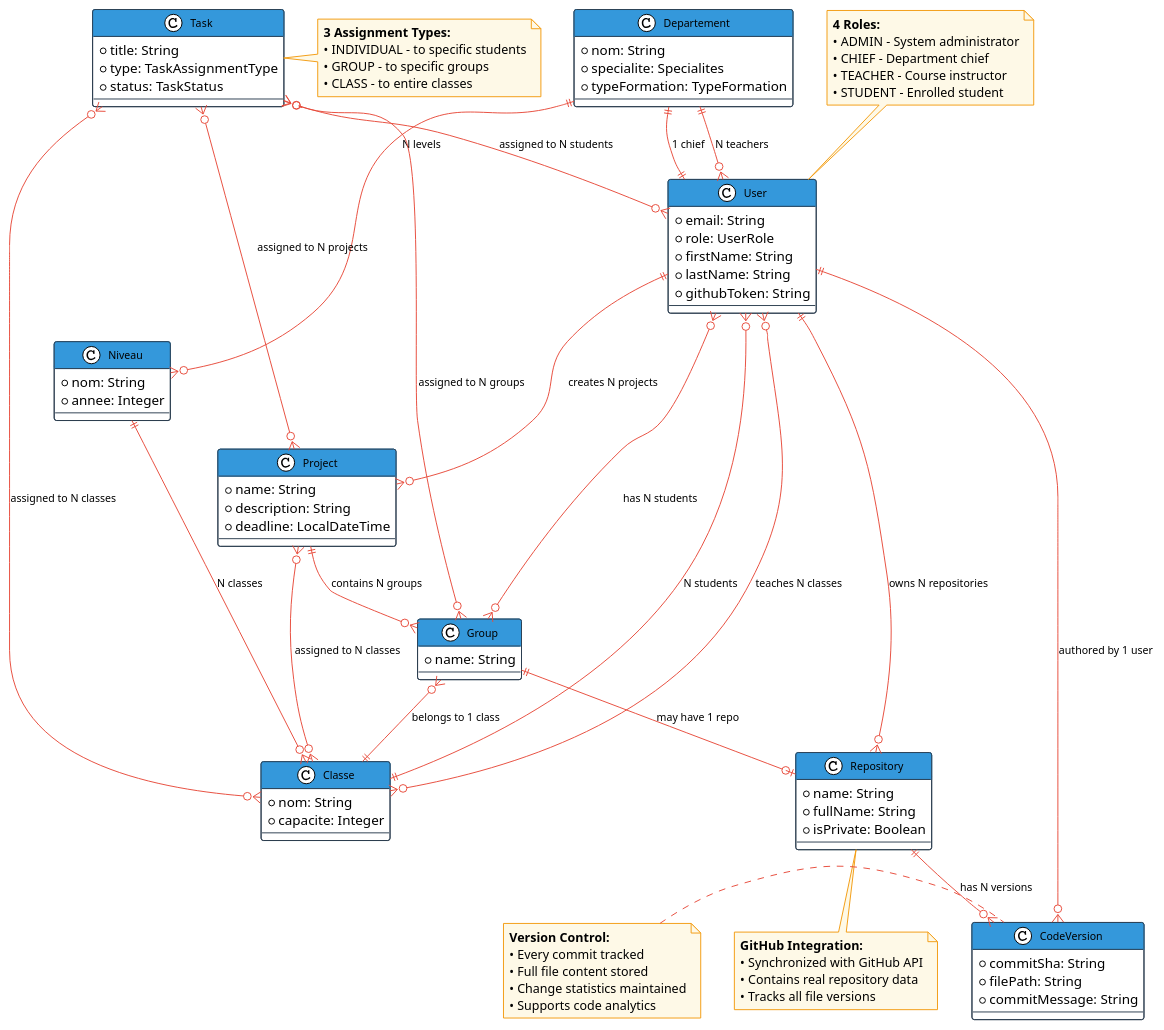
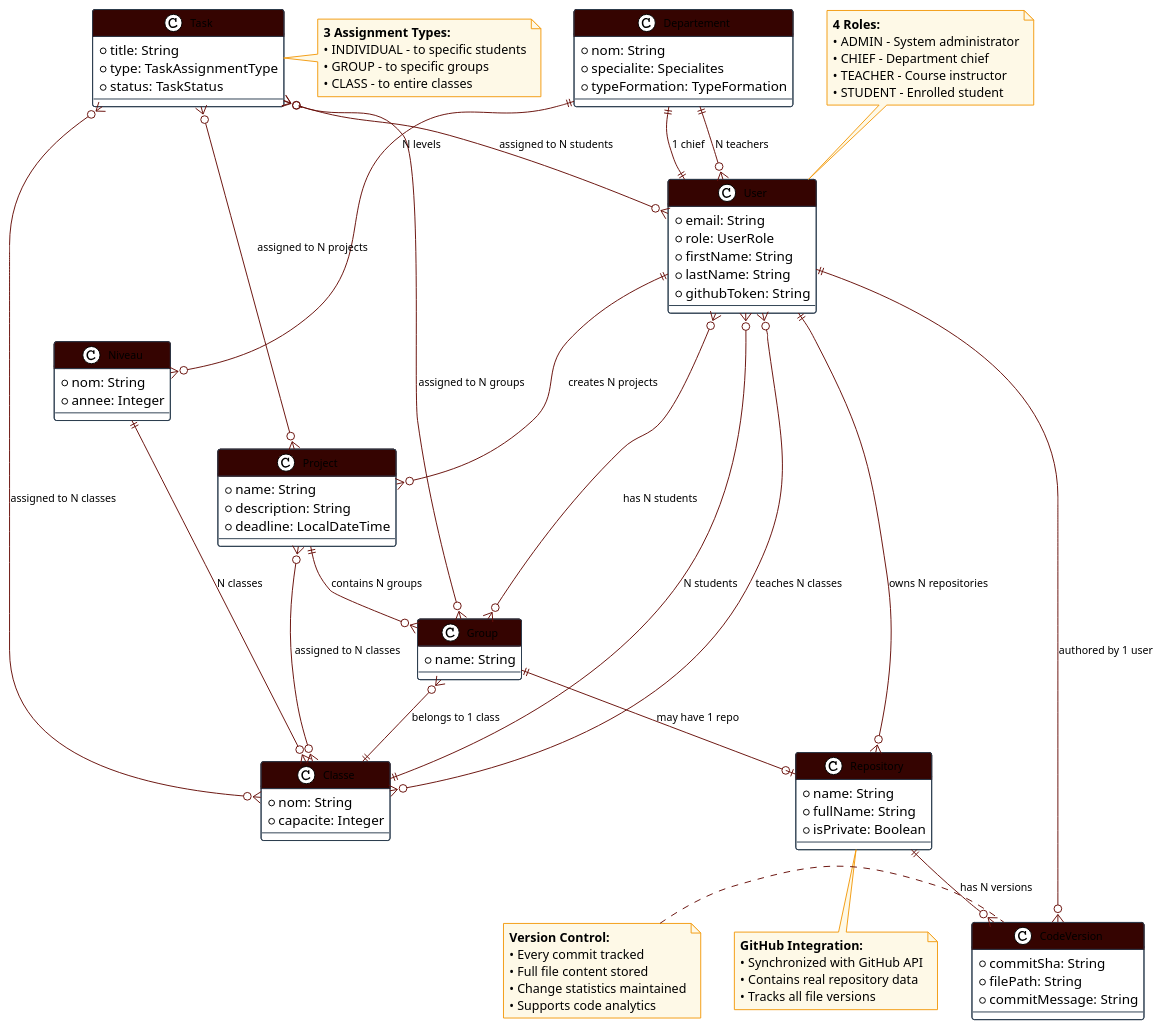
The diagram in docs/entity-relationships-simplified.puml (YoussefTakali/esprithub), drawn with PlantUML before and after one commit. The commit also changed 22 other files, not shown here.

```diff
--- a/docs/entity-relationships-simplified.puml
+++ b/docs/entity-relationships-simplified.puml
@@ -1,130 +1,130 @@
 @startuml EspritHub Entity Relationships
 
 !theme plain
 skinparam {
   ClassBackgroundColor #ffffff
   ClassBorderColor #2c3e50
-  ClassHeaderBackgroundColor #3498db
+  ClassHeaderBackgroundColor #350401
   ClassHeaderFontColor #ffffff
-  ArrowColor #e74c3c
+  ArrowColor #680f0a
   ArrowFontSize 11
   ClassFontSize 11
   PackageFontSize 13
   PackageBackgroundColor #ecf0f1
   PackageBorderColor #95a5a6
   NoteBorderColor #f39c12
   NoteBackgroundColor #fef9e7
 }
 
 ' Core entities with key attributes only
 class User {
   +email: String
   +role: UserRole
   +firstName: String
   +lastName: String
   +githubToken: String
 }
 
 class Departement {
   +nom: String
   +specialite: Specialites
   +typeFormation: TypeFormation
 }
 
 class Niveau {
   +nom: String
   +annee: Integer
 }
 
 class Classe {
   +nom: String
   +capacite: Integer
 }
 
 class Project {
   +name: String
   +description: String
   +deadline: LocalDateTime
 }
 
 class Group {
   +name: String
 }
 
 class Task {
   +title: String
   +type: TaskAssignmentType
   +status: TaskStatus
 }
 
 class Repository {
   +name: String
   +fullName: String
   +isPrivate: Boolean
 }
 
 class CodeVersion {
   +commitSha: String
   +filePath: String
   +commitMessage: String
 }
 
 ' Key relationship labels with cardinalities
 Departement ||--|| User : "1 chief"
 Departement ||--o{ User : "N teachers"
 Departement ||--o{ Niveau : "N levels"
 
 Niveau ||--o{ Classe : "N classes"
 
 Classe ||--o{ User : "N students"
 User }o--o{ Classe : "teaches N classes"
 
 User ||--o{ Project : "creates N projects"
 Project }o--o{ Classe : "assigned to N classes"
 Project ||--o{ Group : "contains N groups"
 
 Group }o--|| Classe : "belongs to 1 class"
 Group }o--o{ User : "has N students"
 Group ||--o| Repository : "may have 1 repo"
 
 User ||--o{ Repository : "owns N repositories"
 Repository ||--o{ CodeVersion : "has N versions"
 CodeVersion }o--|| User : "authored by 1 user"
 
 Task }o--o{ Project : "assigned to N projects"
 Task }o--o{ Group : "assigned to N groups"
 Task }o--o{ User : "assigned to N students"
 Task }o--o{ Classe : "assigned to N classes"
 
 ' Notes explaining key concepts
 note top of User
   **4 Roles:**
   • ADMIN - System administrator
   • CHIEF - Department chief
   • TEACHER - Course instructor
   • STUDENT - Enrolled student
 end note
 
 note bottom of Repository
   **GitHub Integration:**
   • Synchronized with GitHub API
   • Contains real repository data
   • Tracks all file versions
 end note
 
 note right of Task
   **3 Assignment Types:**
   • INDIVIDUAL - to specific students
   • GROUP - to specific groups
   • CLASS - to entire classes
 end note
 
 note left of CodeVersion
   **Version Control:**
   • Every commit tracked
   • Full file content stored
   • Change statistics maintained
   • Supports code analytics
 end note
 
 @enduml
```
